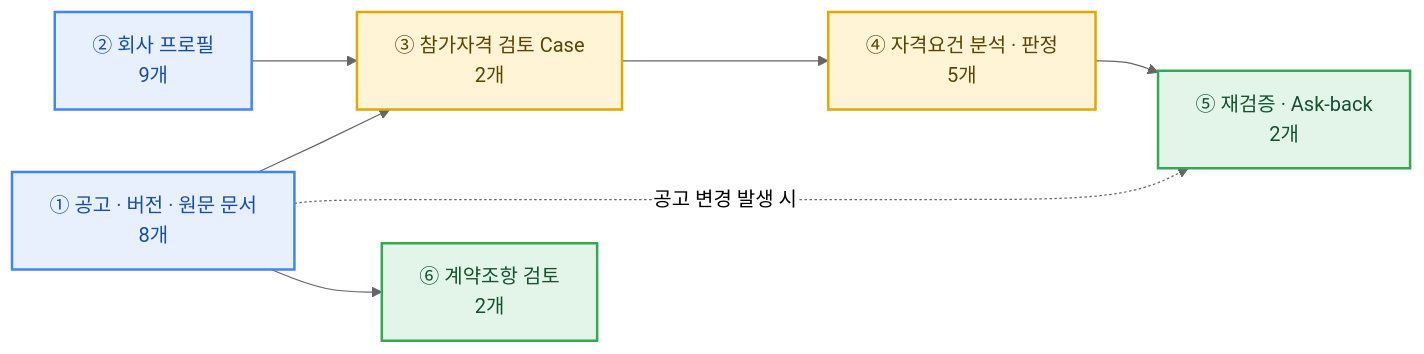
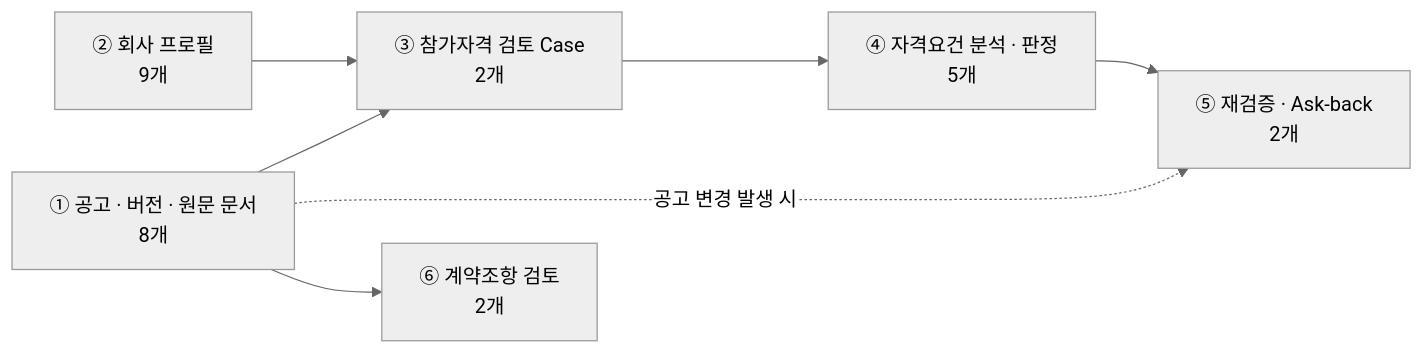
One commit to SKNETWORKS-FAMILY-AICAMP/SKN34-3rd-4Team changed the fifth of 8 diagrams in README.md. Above: the diagram before and after it, drawn with Mermaid (neutral theme). The commit also changed other lines of this file and 6 other files, not shown here.

````diff
--- a/README.md
+++ b/README.md
@@ -436,16 +387,9 @@
 ```mermaid
 flowchart LR
     A["① 공고 · 버전 · 원문 문서<br/>8개"] --> C["③ 참가자격 검토 Case<br/>2개"]
     B["② 회사 프로필<br/>9개"] --> C
     C --> D["④ 자격요건 분석 · 판정<br/>5개"]
     D --> E["⑤ 재검증 · Ask-back<br/>2개"]
     A -. "공고 변경 발생 시" .-> E
     A --> F["⑥ 계약조항 검토<br/>2개"]
-
-    classDef src fill:#e8f0fe,stroke:#4285f4,stroke-width:2px,color:#174ea6
-    classDef core fill:#fff4d6,stroke:#e0a800,stroke-width:2px,color:#5c4500
-    classDef out fill:#e3f5e8,stroke:#34a853,stroke-width:2px,color:#14532d
-    class A,B src
-    class C,D core
-    class E,F out
 ```
````
